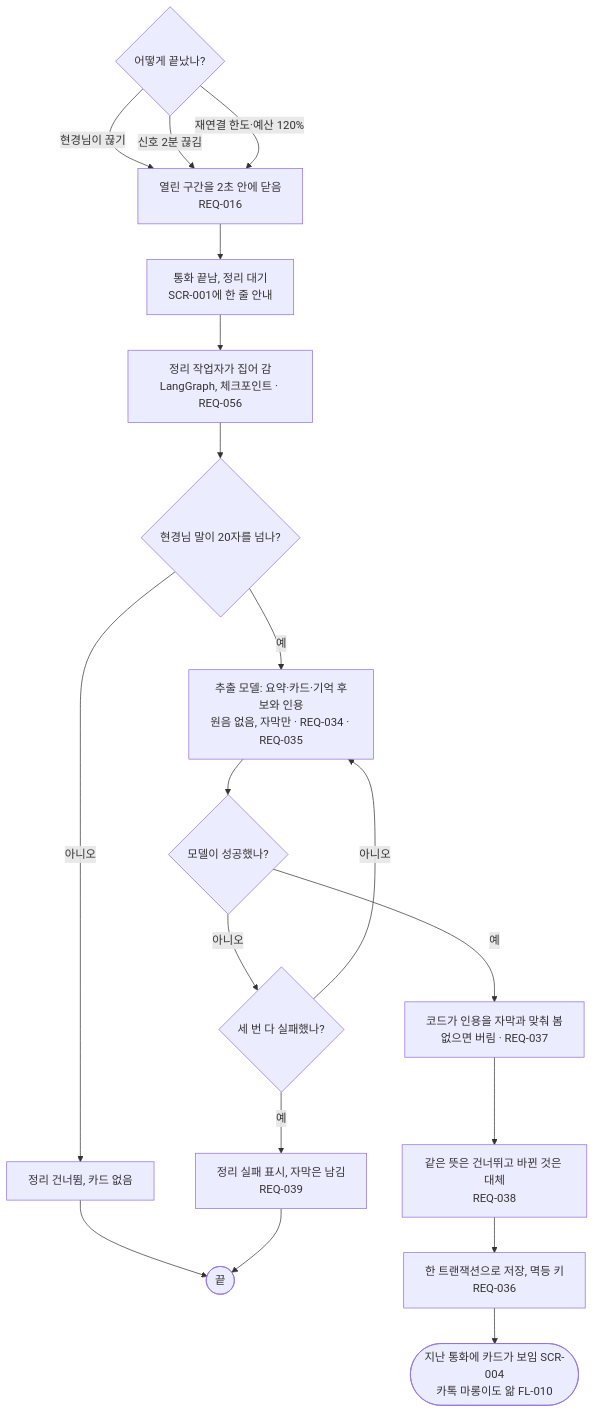
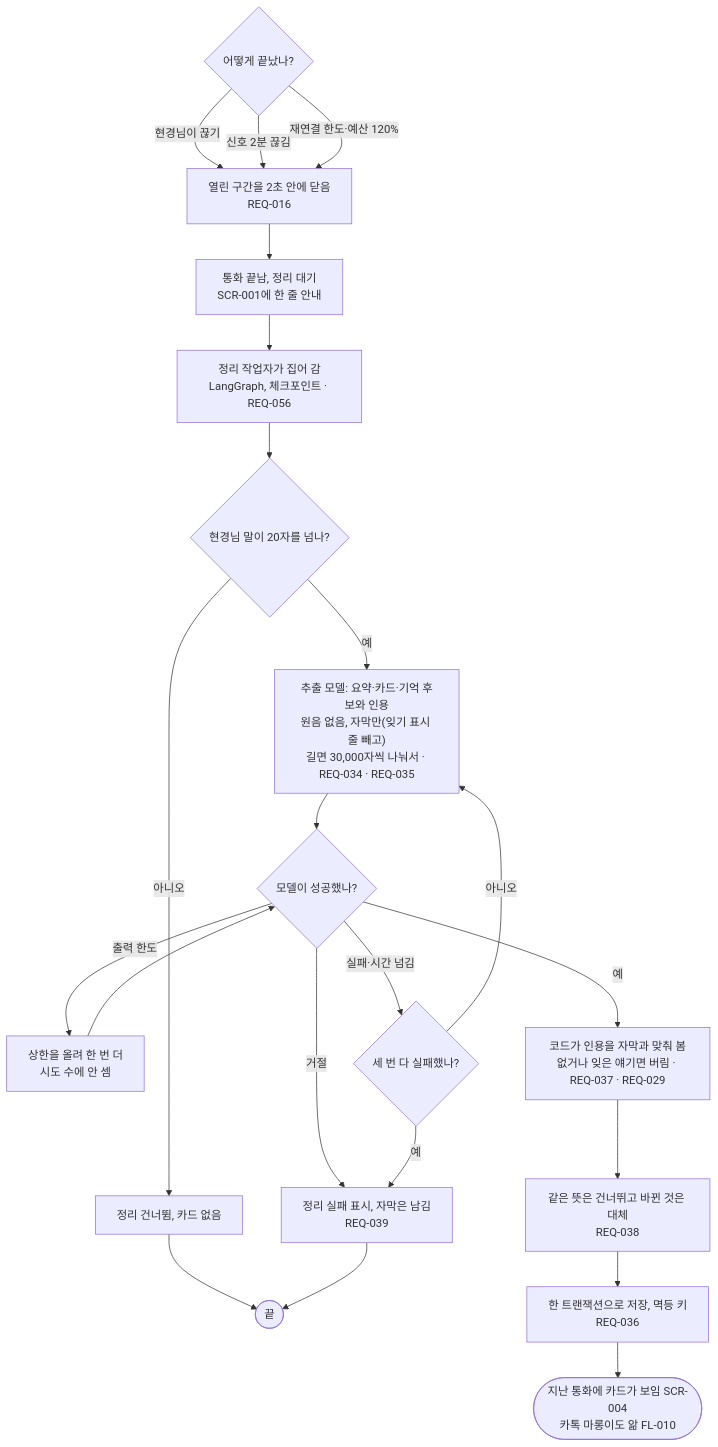
Before and after one commit to kodonghui/marong2: the diagram in docs/03-user-flow/FL-007-end-and-organize.md, drawn with Mermaid. The commit also changed other lines of this file and 22 other files, not shown here.

````diff
--- a/docs/03-user-flow/FL-007-end-and-organize.md
+++ b/docs/03-user-flow/FL-007-end-and-organize.md
@@ -8,19 +8,21 @@
 ```mermaid
 flowchart TD
   A{"어떻게 끝났나?"} -->|"현경님이 끊기"| B["열린 구간을 2초 안에 닫음<br/>REQ-016"]
   A -->|"신호 2분 끊김"| B
   A -->|"재연결 한도·예산 120%"| B
   B --> C["통화 끝남, 정리 대기<br/>SCR-001에 한 줄 안내"]
   C --> D["정리 작업자가 집어 감<br/>LangGraph, 체크포인트 · REQ-056"]
   D --> E{"현경님 말이 20자를 넘나?"}
   E -->|아니오| E1["정리 건너뜀, 카드 없음"] --> Z(["끝"])
-  E -->|예| F["추출 모델: 요약·카드·기억 후보와 인용<br/>원음 없음, 자막만 · REQ-034 · REQ-035"]
+  E -->|예| F["추출 모델: 요약·카드·기억 후보와 인용<br/>원음 없음, 자막만(잊기 표시 줄 빼고)<br/>길면 30,000자씩 나눠서 · REQ-034 · REQ-035"]
   F --> G{"모델이 성공했나?"}
-  G -->|아니오| G1{"세 번 다 실패했나?"}
+  G -->|"거절"| G2
+  G -->|"출력 한도"| F2["상한을 올려 한 번 더<br/>시도 수에 안 셈"] --> G
+  G -->|"실패·시간 넘김"| G1{"세 번 다 실패했나?"}
   G1 -->|예| G2["정리 실패 표시, 자막은 남김<br/>REQ-039"] --> Z
   G1 -->|아니오| F
-  G -->|예| H["코드가 인용을 자막과 맞춰 봄<br/>없으면 버림 · REQ-037"]
+  G -->|예| H["코드가 인용을 자막과 맞춰 봄<br/>없거나 잊은 얘기면 버림 · REQ-037 · REQ-029"]
   H --> I["같은 뜻은 건너뛰고 바뀐 것은 대체<br/>REQ-038"]
   I --> J["한 트랜잭션으로 저장, 멱등 키<br/>REQ-036"]
   J --> K(["지난 통화에 카드가 보임 SCR-004<br/>카톡 마롱이도 앎 FL-010"])
 ```
````
